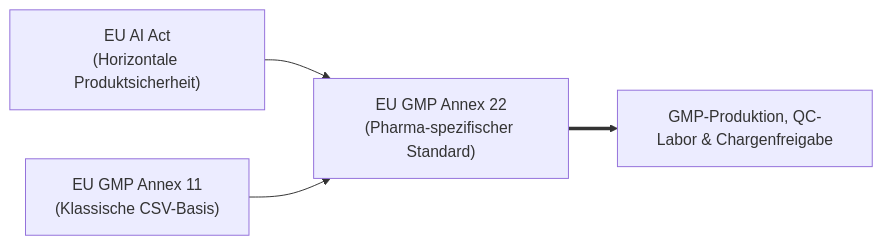
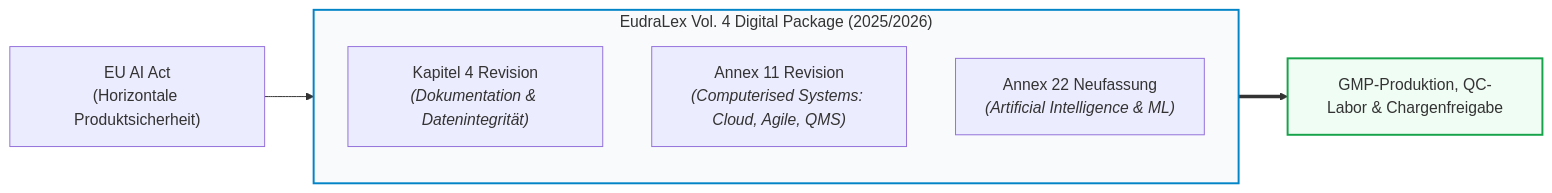
Before and after one commit to Lunaman06/Annex22: the first of 2 diagrams in docs/00_overview.md, drawn with Mermaid. The commit also changed other lines of this file and 7 other files, not shown here.

````diff
--- a/docs/00_overview.md
+++ b/docs/00_overview.md
@@ -14,6 +14,15 @@
 ```mermaid
 graph LR
-    A["EU AI Act<br/>(Horizontale Produktsicherheit)"] --> C["EU GMP Annex 22<br/>(Pharma-spezifischer Standard)"]
-    B["EU GMP Annex 11<br/>(Klassische CSV-Basis)"] --> C
-    C ==> D["GMP-Produktion, QC-Labor & Chargenfreigabe"]
+    subgraph DigitalPackage["EudraLex Vol. 4 Digital Package (2025/2026)"]
+        direction TB
+        P1["Kapitel 4 Revision<br/><i>(Dokumentation & Datenintegrität)</i>"]
+        P2["Annex 11 Revision<br/><i>(Computerised Systems: Cloud, Agile, QMS)</i>"]
+        P3["Annex 22 Neufassung<br/><i>(Artificial Intelligence & ML)</i>"]
+    end
+
+    A["EU AI Act<br/>(Horizontale Produktsicherheit)"] --> DigitalPackage
+    DigitalPackage ==> D["GMP-Produktion, QC-Labor & Chargenfreigabe"]
+
+    style DigitalPackage fill:#f8fafc,stroke:#0284c7,stroke-width:2px
+    style D fill:#f0fdf4,stroke:#16a34a,stroke-width:2px
 ```
````
